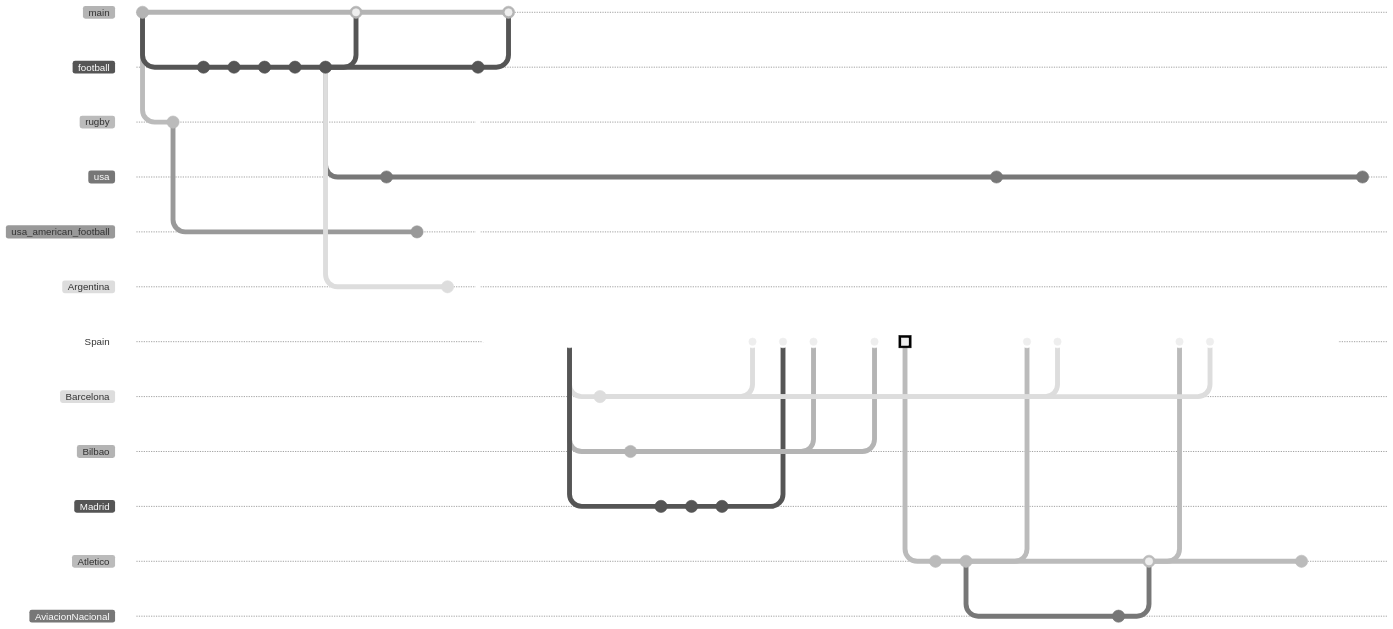
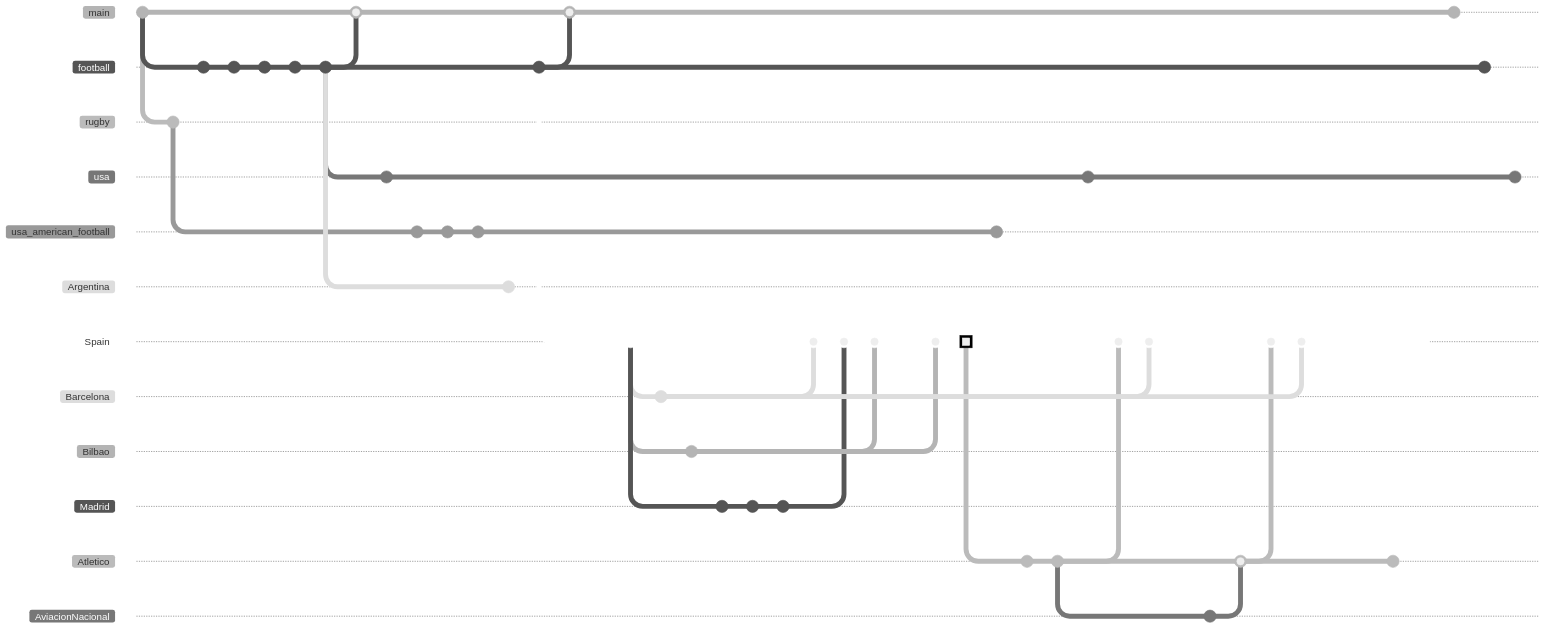
The first of 8 diagrams in README.md (sarnobat/mermaid), drawn with Mermaid (neutral theme) before and after one commit. Commit ids are hidden.

````diff
--- a/README.md
+++ b/README.md
@@ -34,7 +34,9 @@
     commit id: "1866 first association football match in USA"
     checkout rugby
     branch usa_american_football
-    commit id: "1880 USA rugby cut from 15 to 11 players (American football)"
+    commit id: "1869 USA gridiron football first ever game"
+    commit id: "1874 Harvard vs Yale"
+    commit id: "1880 USA rugby cut from 15 to 11 players (modern American football)"
     checkout football
     branch Argentina
     commit id: "1887 First argentine club founded"
@@ -67,6 +69,8 @@
     merge Bilbao
     commit id: "1903 Copa de la Coronacion" type: HIGHLIGHT
     branch Atletico
+    checkout usa_american_football
+    commit id: "1906 forward pass permitted"
     checkout Atletico
     commit id: "Attended by Bilbao students in Madrid"
     commit id: "1908 Stripes vs Real"
@@ -91,6 +95,10 @@
     commit id: "1940 Atletico Aviacion win last Madrid regional league"
     checkout Spain
     commit id: "1940 Regional leagues defuct"
+    checkout main
+    commit id: "1955 Floodlighting invented"
+    checkout football
+    commit id: "1955 weekday football becomes possible"
     checkout usa
     commit id: "1967 NASL founded"
 ```
````
